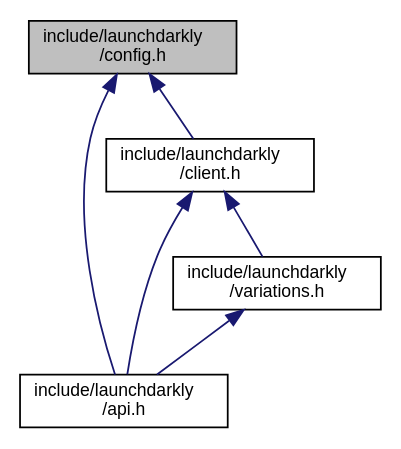
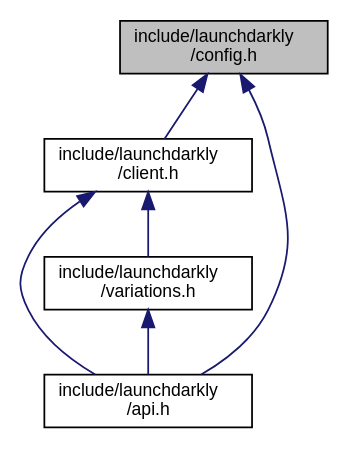
One commit to launchdarkly/c-server-sdk changed the diagram in config_8h__dep__incl.dot. Above: the diagram before and after it, drawn with Graphviz. The commit also changed 56 other files, not shown here.

```diff
--- a/config_8h__dep__incl.dot
+++ b/config_8h__dep__incl.dot
@@ -1,14 +1,14 @@
 digraph "include/launchdarkly/config.h"
 {
   edge [fontname="Helvetica",fontsize="10",labelfontname="Helvetica",labelfontsize="10"];
   node [fontname="Helvetica",fontsize="10",shape=record];
   Node5 [label="include/launchdarkly\l/config.h",height=0.2,width=0.4,color="black", fillcolor="grey75", style="filled", fontcolor="black"];
   Node5 -> Node6 [dir="back",color="midnightblue",fontsize="10",style="solid",fontname="Helvetica"];
-  Node6 [label="include/launchdarkly\l/api.h",height=0.2,width=0.4,color="black", fillcolor="white", style="filled",URL="$api_8h.html",tooltip="Public API. Include this for every public operation. "];
+  Node6 [label="include/launchdarkly\l/client.h",height=0.2,width=0.4,color="black", fillcolor="white", style="filled",URL="$client_8h.html",tooltip="Public API Interface for Client operations. "];
+  Node6 -> Node7 [dir="back",color="midnightblue",fontsize="10",style="solid",fontname="Helvetica"];
+  Node7 [label="include/launchdarkly\l/api.h",height=0.2,width=0.4,color="black", fillcolor="white", style="filled",URL="$api_8h.html",tooltip="Public API. Include this for every public operation. "];
+  Node6 -> Node8 [dir="back",color="midnightblue",fontsize="10",style="solid",fontname="Helvetica"];
+  Node8 [label="include/launchdarkly\l/variations.h",height=0.2,width=0.4,color="black", fillcolor="white", style="filled",URL="$variations_8h.html",tooltip="Public API Interface for evaluation variations. "];
+  Node8 -> Node7 [dir="back",color="midnightblue",fontsize="10",style="solid",fontname="Helvetica"];
   Node5 -> Node7 [dir="back",color="midnightblue",fontsize="10",style="solid",fontname="Helvetica"];
-  Node7 [label="include/launchdarkly\l/client.h",height=0.2,width=0.4,color="black", fillcolor="white", style="filled",URL="$client_8h.html",tooltip="Public API Interface for Client operations. "];
-  Node7 -> Node6 [dir="back",color="midnightblue",fontsize="10",style="solid",fontname="Helvetica"];
-  Node7 -> Node8 [dir="back",color="midnightblue",fontsize="10",style="solid",fontname="Helvetica"];
-  Node8 [label="include/launchdarkly\l/variations.h",height=0.2,width=0.4,color="black", fillcolor="white", style="filled",URL="$variations_8h.html",tooltip="Public API Interface for evaluation variations. "];
-  Node8 -> Node6 [dir="back",color="midnightblue",fontsize="10",style="solid",fontname="Helvetica"];
 }
```
